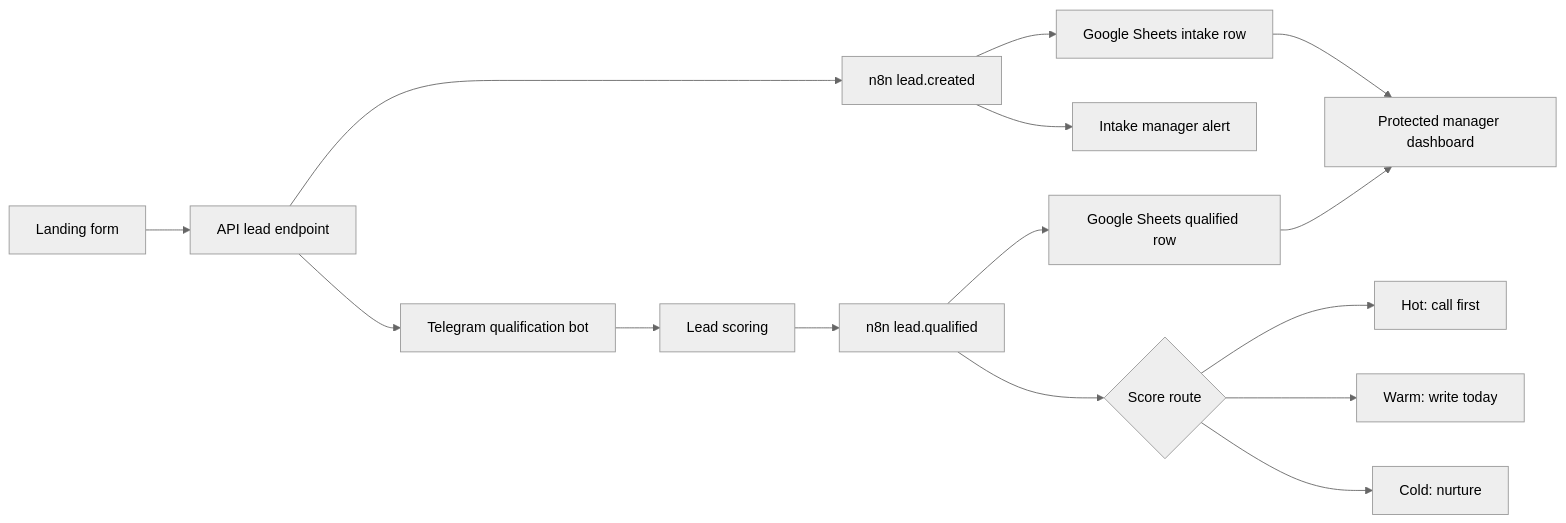
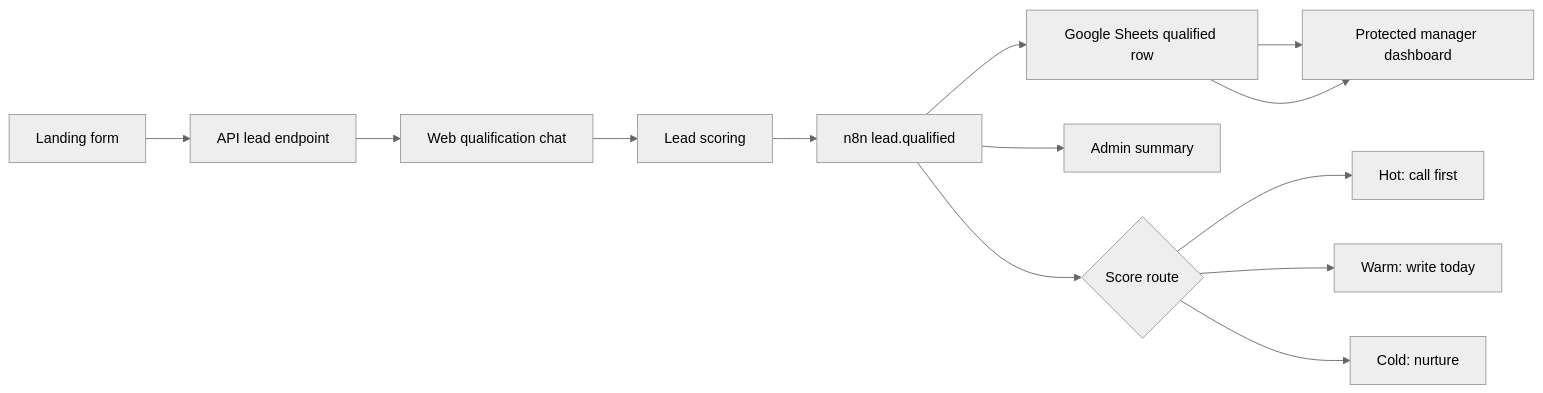
The diagram in docs/architecture.md (metamorphicc/SkillBridge-Academy), drawn with Mermaid (neutral theme) before and after one commit. The commit also changed other lines of this file and 11 other files, not shown here.

Commit message:
implemented a web-bot

````diff
--- a/docs/architecture.md
+++ b/docs/architecture.md
@@ -3,17 +3,15 @@
 ```mermaid
 flowchart LR
   A["Landing form"] --> B["API lead endpoint"]
-  B --> C["n8n lead.created"]
-  C --> D["Google Sheets intake row"]
-  C --> E["Intake manager alert"]
-  D --> N["Protected manager dashboard"]
-  B --> F["Telegram qualification bot"]
+  B --> F["Web qualification chat"]
   F --> G["Lead scoring"]
   G --> H["n8n lead.qualified"]
   H --> I["Google Sheets qualified row"]
   I --> N
+  H --> A1["Admin summary"]
   H --> J{"Score route"}
   J --> K["Hot: call first"]
   J --> L["Warm: write today"]
   J --> M["Cold: nurture"]
+  I --> N["Protected manager dashboard"]
 ```
````
